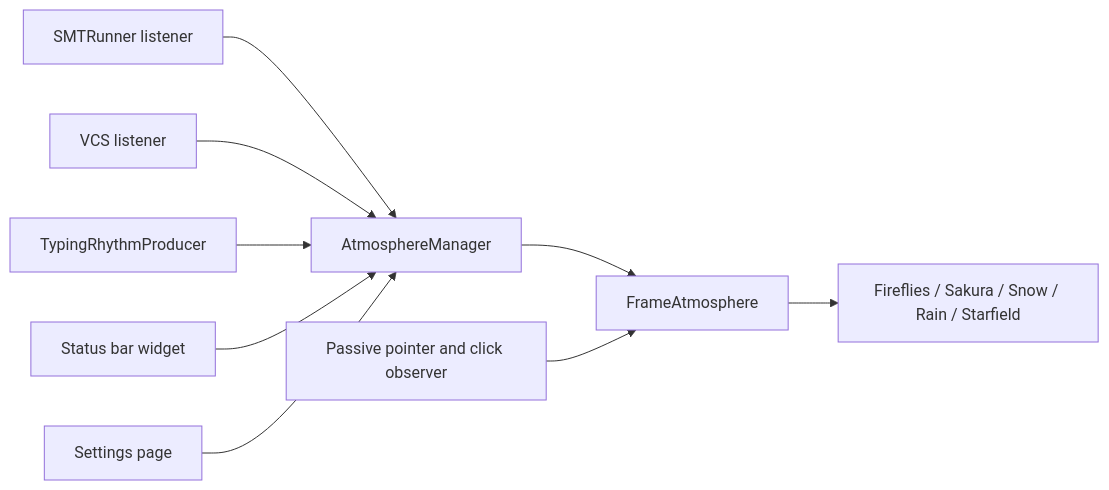
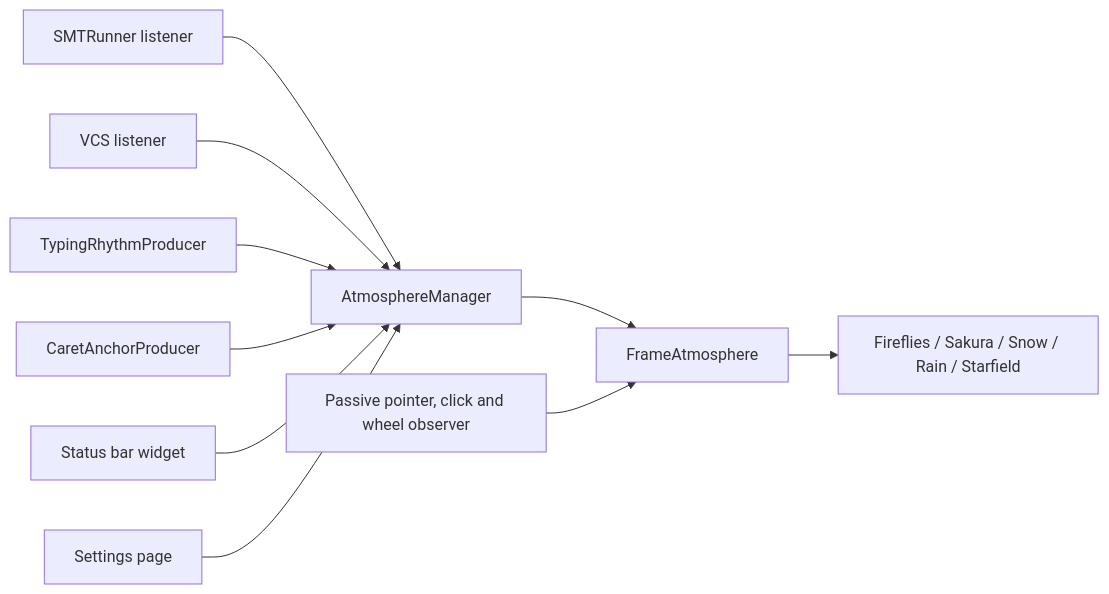
The diagram in .junie/plans/atmosphere-next-features.md (hsz/ide-atmosphere), drawn with Mermaid before and after one commit. The commit also changed other lines of this file and 24 other files, not shown here.

Commit message:
Add caret anchor attraction and scroll gust to CursorAvoidance with tests.

````diff
--- a/.junie/plans/atmosphere-next-features.md
+++ b/.junie/plans/atmosphere-next-features.md
@@ -79,11 +110,12 @@
 ```mermaid
 graph LR
   TestRunner[SMTRunner listener] --> Mgr[AtmosphereManager]
   Vcs[VCS listener] --> Mgr
   Typing[TypingRhythmProducer] --> Mgr
+  Caret[CaretAnchorProducer] --> Mgr
   Widget[Status bar widget] --> Mgr
   Settings[Settings page] --> Mgr
   Mgr --> Frame[FrameAtmosphere]
-  Pointer[Passive pointer and click observer] --> Frame
+  Pointer[Passive pointer, click and wheel observer] --> Frame
   Frame --> Effect[Fireflies / Sakura / Snow / Rain / Starfield]
 ```
````
